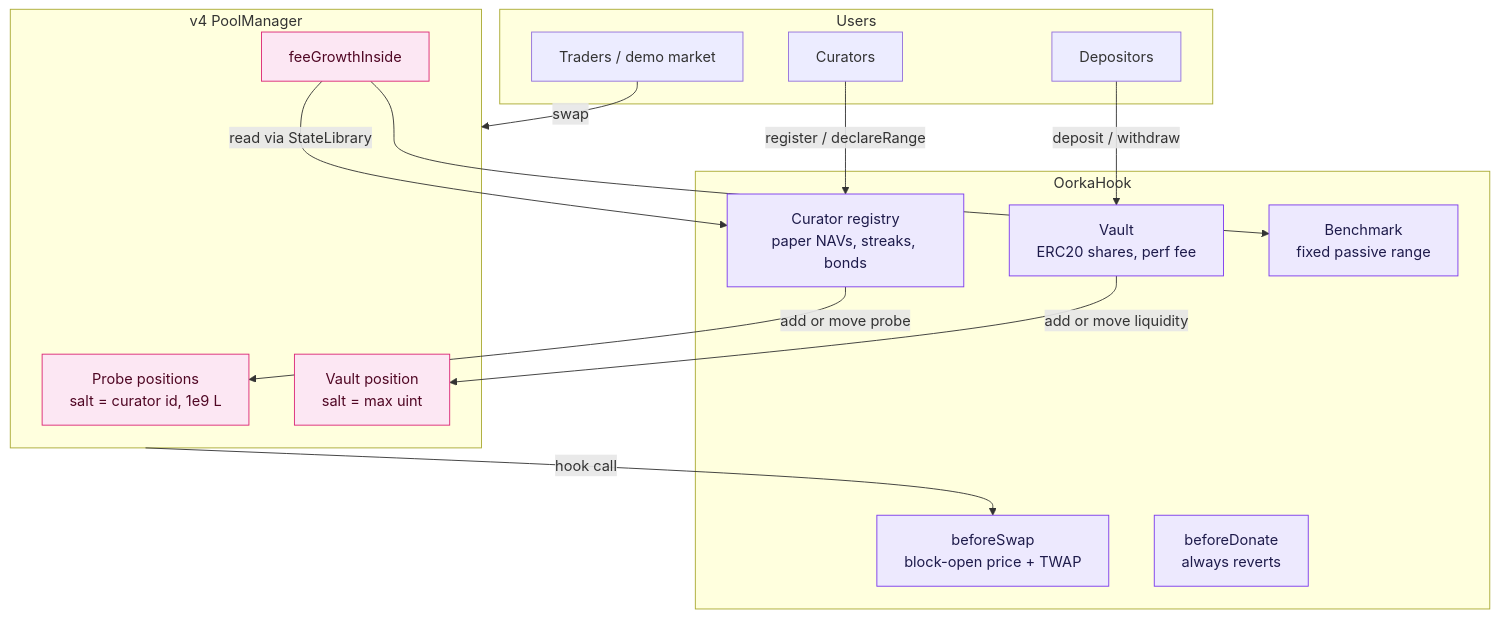
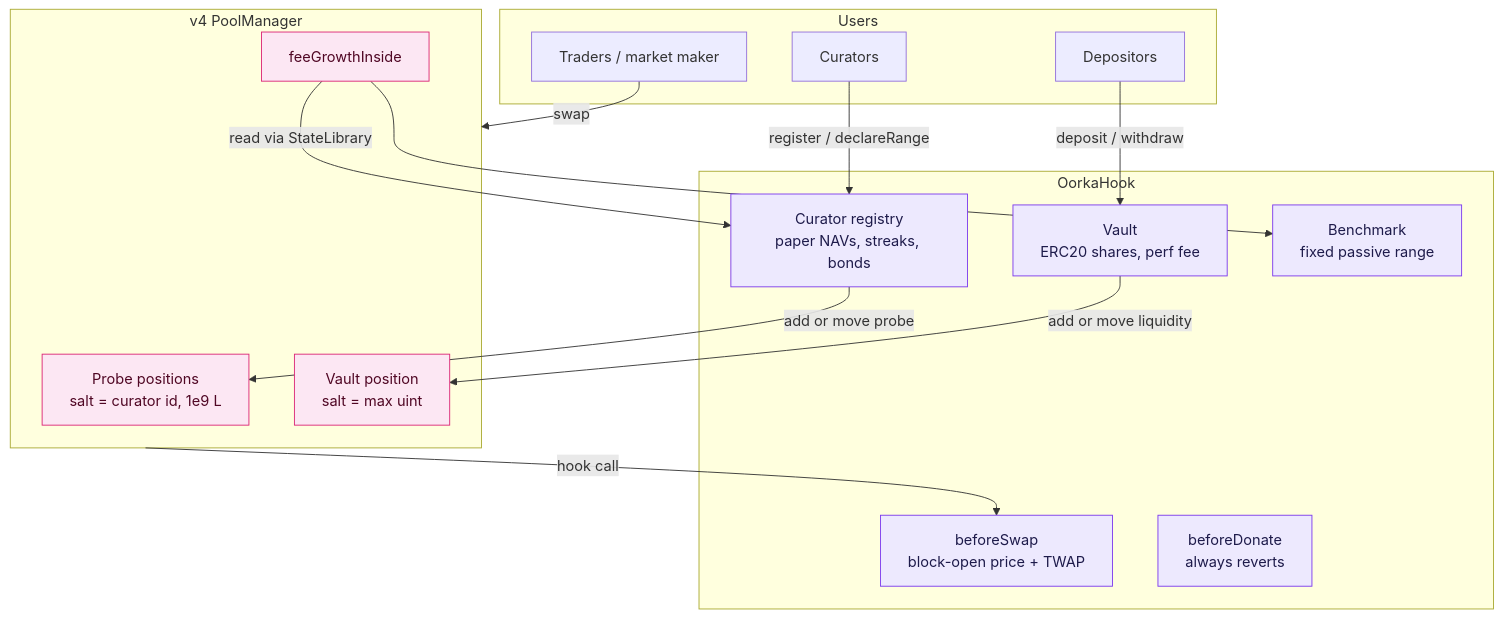
One commit to debojyoti10CC/oorka changed the fourth of 5 diagrams in README.md. Above: the diagram before and after it, drawn with Mermaid. The commit also changed other lines of this file and 20 other files, not shown here.

First line of the commit message:
Docs, README, whitepaper: real USDC/WETH deployment, new addresses, market maker

````diff
--- a/README.md
+++ b/README.md
@@ -233,33 +233,33 @@
 ```mermaid
 flowchart TB
     subgraph Users
-        T["Traders / demo market"]
+        T["Traders / market maker"]
         D["Depositors"]
         C["Curators"]
     end
     subgraph Hook["OorkaHook"]
         BS["beforeSwap<br/>block-open price + TWAP"]
         BD["beforeDonate<br/>always reverts"]
         REG["Curator registry<br/>paper NAVs, streaks, bonds"]
         V["Vault<br/>ERC20 shares, perf fee"]
         BM["Benchmark<br/>fixed passive range"]
     end
     subgraph PM["v4 PoolManager"]
         PR["Probe positions<br/>salt = curator id, 1e9 L"]
         VP["Vault position<br/>salt = max uint"]
         FG["feeGrowthInside"]
     end
     T -- swap --> PM
     PM -- hook call --> BS
     D -- deposit / withdraw --> V
     C -- register / declareRange --> REG
     REG -- add or move probe --> PR
     V -- add or move liquidity --> VP
     FG -- read via StateLibrary --> REG
     FG --> BM
 
     classDef pm fill:#fce7f3,stroke:#db2777,color:#500724
     classDef hk fill:#ede9fe,stroke:#7c3aed,color:#1e1b4b
     class PR,VP,FG pm
     class BS,BD,REG,V,BM hk
 ```
````
